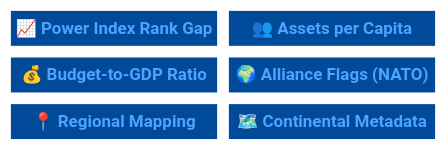
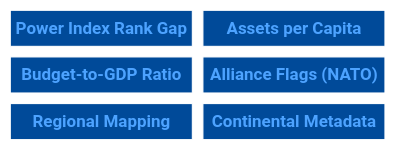
One commit to hindhusharajaram/Unified-Military-Analytics-and-Comparison-Dashboard changed the second of 2 diagrams in README.md. Above: the diagram before and after it, drawn with Mermaid. The commit also changed other lines of this file, not shown here.

````diff
--- a/README.md
+++ b/README.md
@@ -128,20 +117,20 @@
 ```mermaid
 %%{init: {'theme': 'base', 'themeVariables': { 'primaryColor': '#004a99', 'primaryTextColor': '#ffffff', 'lineColor': '#ffffff'}, 'block': {'padding': 10}}}%%
 block-beta
   columns 2
   
-  k1["📈 <b>Power Index Rank Gap</b>"]
-  k2["👥 <b>Assets per Capita</b>"]
-  k3["💰 <b>Budget-to-GDP Ratio</b>"]
-  k4["🌍 <b>Alliance Flags (NATO)</b>"]
-  k5["📍 <b>Regional Mapping</b>"]
-  k6["🗺️ <b>Continental Metadata</b>"]
+  k1["<b>Power Index Rank Gap</b>"]
+  k2["<b>Assets per Capita</b>"]
+  k3["<b>Budget-to-GDP Ratio</b>"]
+  k4["<b>Alliance Flags (NATO)</b>"]
+  k5["<b>Regional Mapping</b>"]
+  k6["<b>Continental Metadata</b>"]
 
   %% Styling for White Font and Professional Blue
   style k1 fill:#004a99,stroke:#ffffff,color:#ffffff
   style k2 fill:#004a99,stroke:#ffffff,color:#ffffff
   style k3 fill:#004a99,stroke:#ffffff,color:#ffffff
   style k4 fill:#004a99,stroke:#ffffff,color:#ffffff
   style k5 fill:#004a99,stroke:#ffffff,color:#ffffff
   style k6 fill:#004a99,stroke:#ffffff,color:#ffffff
 ```
````
